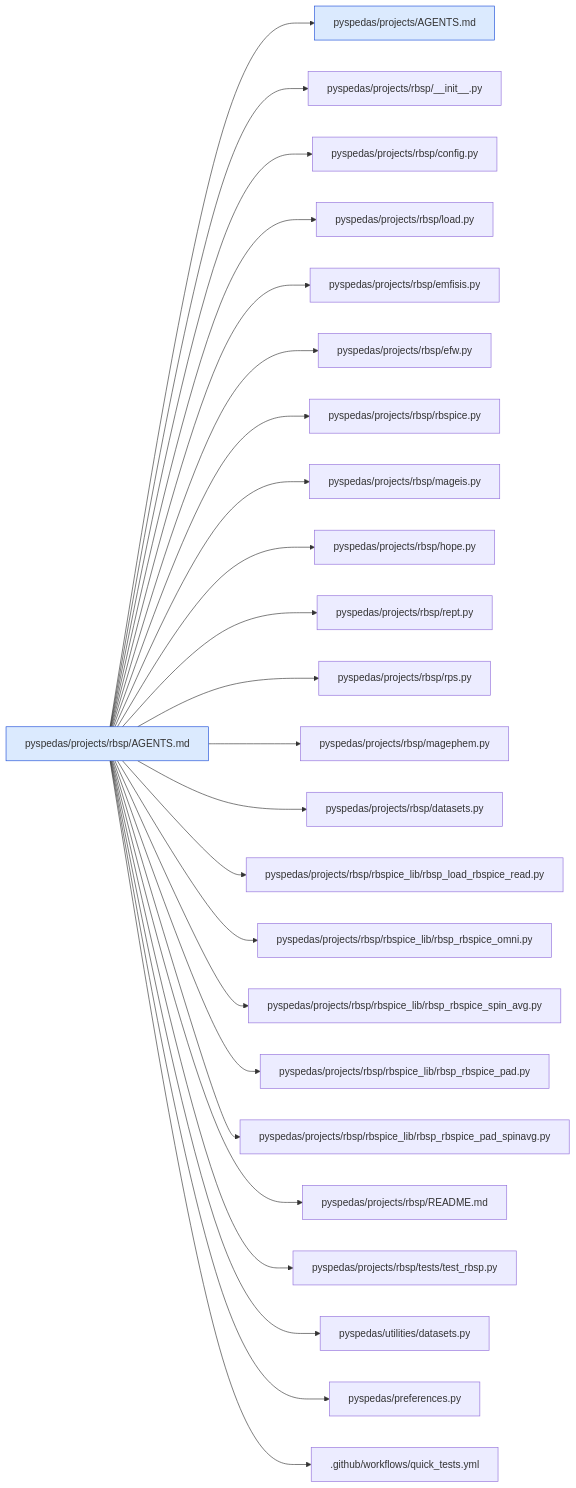
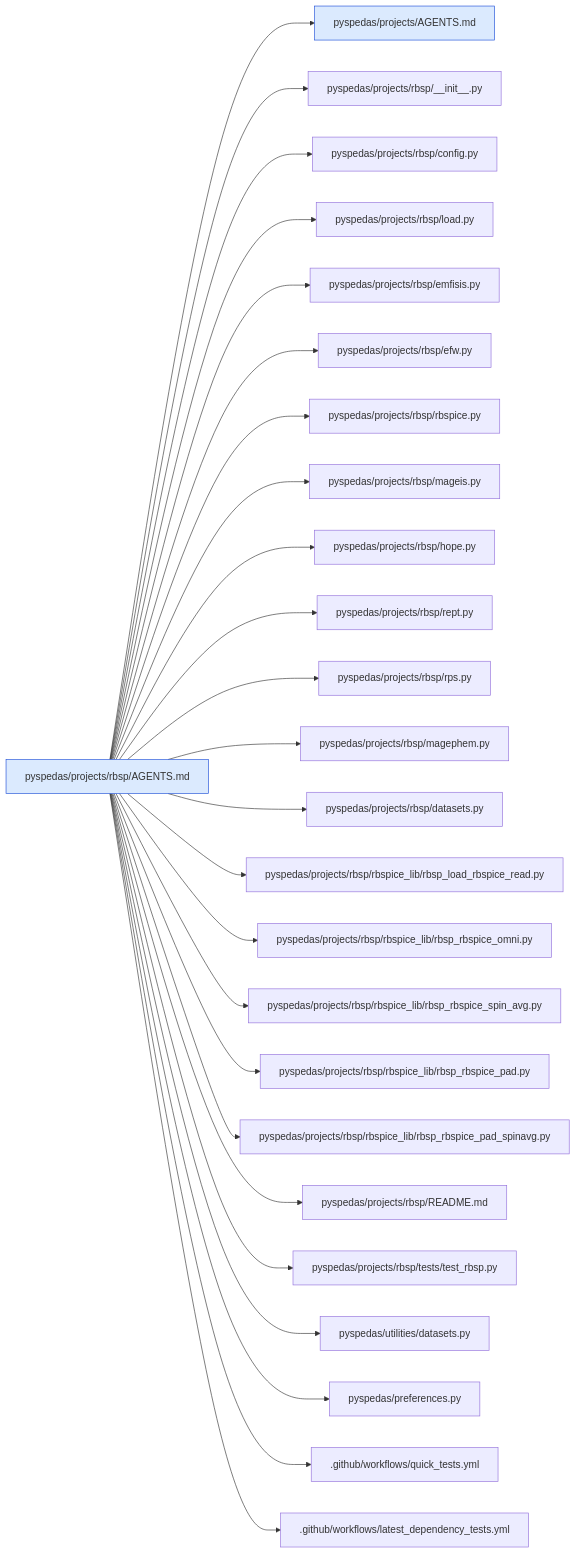
Diagram 29 of 43 in .agents/map/MAP.md (spedas/pyspedas), drawn with Mermaid before and after one commit. The commit also changed other lines of this file and 15 other files, not shown here.

Commit message:
Updated md and rst docs to mention that new tests added to quick_tests workflow should also be added to latest_dependency_tests

````diff
--- a/.agents/map/MAP.md
+++ b/.agents/map/MAP.md
@@ -1110,29 +1115,30 @@
 ```mermaid
 graph LR
   classDef agents fill:#dbeafe,stroke:#1d4ed8
   classDef missing fill:#fee2e2,stroke:#b91c1c,stroke-dasharray:4
   self["pyspedas/projects/rbsp/AGENTS.md"]:::agents
   self --> r0["pyspedas/projects/AGENTS.md"]:::agents
   self --> r1["pyspedas/projects/rbsp/__init__.py"]
   self --> r2["pyspedas/projects/rbsp/config.py"]
   self --> r3["pyspedas/projects/rbsp/load.py"]
   self --> r4["pyspedas/projects/rbsp/emfisis.py"]
   self --> r5["pyspedas/projects/rbsp/efw.py"]
   self --> r6["pyspedas/projects/rbsp/rbspice.py"]
   self --> r7["pyspedas/projects/rbsp/mageis.py"]
   self --> r8["pyspedas/projects/rbsp/hope.py"]
   self --> r9["pyspedas/projects/rbsp/rept.py"]
   self --> r10["pyspedas/projects/rbsp/rps.py"]
   self --> r11["pyspedas/projects/rbsp/magephem.py"]
   self --> r12["pyspedas/projects/rbsp/datasets.py"]
   self --> r13["pyspedas/projects/rbsp/rbspice_lib/rbsp_load_rbspice_read.py"]
   self --> r14["pyspedas/projects/rbsp/rbspice_lib/rbsp_rbspice_omni.py"]
   self --> r15["pyspedas/projects/rbsp/rbspice_lib/rbsp_rbspice_spin_avg.py"]
   self --> r16["pyspedas/projects/rbsp/rbspice_lib/rbsp_rbspice_pad.py"]
   self --> r17["pyspedas/projects/rbsp/rbspice_lib/rbsp_rbspice_pad_spinavg.py"]
   self --> r18["pyspedas/projects/rbsp/README.md"]
   self --> r19["pyspedas/projects/rbsp/tests/test_rbsp.py"]
   self --> r20["pyspedas/utilities/datasets.py"]
   self --> r21["pyspedas/preferences.py"]
   self --> r22[".github/workflows/quick_tests.yml"]
+  self --> r23[".github/workflows/latest_dependency_tests.yml"]
 ```
````
